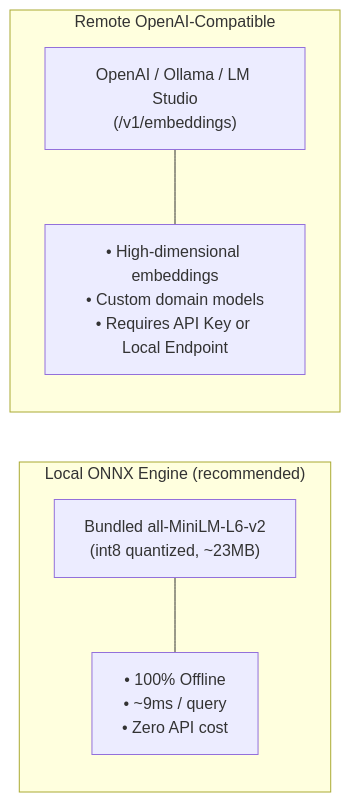
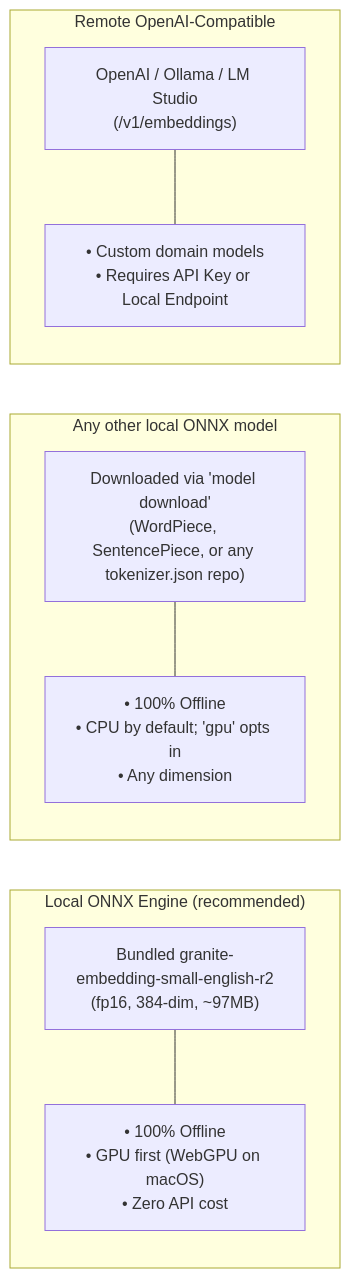
One commit to Arasz/ai-raccoon changed the first of 2 diagrams in docs/how-to/configure-embedding-engines.md. Above: the diagram before and after it, drawn with Mermaid. The commit also changed other lines of this file and 20 other files, not shown here.

First line of the commit message:
docs: full documentation sweep for 1.49 (granite models, code corpus, CLI reference, compact README) (#696)

````diff
--- a/docs/how-to/configure-embedding-engines.md
+++ b/docs/how-to/configure-embedding-engines.md
@@ -15,15 +16,21 @@
 ```mermaid
 graph LR
     subgraph Local ["Local ONNX Engine (recommended)"]
-        ONNX["Bundled all-MiniLM-L6-v2\n(int8 quantized, ~23MB)"]
-        L_Prop["• 100% Offline\n• ~9ms / query\n• Zero API cost"]
+        ONNX["Bundled granite-embedding-small-english-r2\n(fp16, 384-dim, ~97MB)"]
+        L_Prop["• 100% Offline\n• GPU first (WebGPU on macOS)\n• Zero API cost"]
     end
-    
+
+    subgraph LocalOther ["Any other local ONNX model"]
+        Other["Downloaded via 'model download'\n(WordPiece, SentencePiece, or any tokenizer.json repo)"]
+        O_Prop["• 100% Offline\n• CPU by default; 'gpu' opts in\n• Any dimension"]
+    end
+
     subgraph Remote ["Remote OpenAI-Compatible"]
         OpenAI["OpenAI / Ollama / LM Studio\n(/v1/embeddings)"]
-        R_Prop["• High-dimensional embeddings\n• Custom domain models\n• Requires API Key or Local Endpoint"]
+        R_Prop["• Custom domain models\n• Requires API Key or Local Endpoint"]
     end
-    
+
     ONNX --- L_Prop
+    Other --- O_Prop
     OpenAI --- R_Prop
 ```
````
